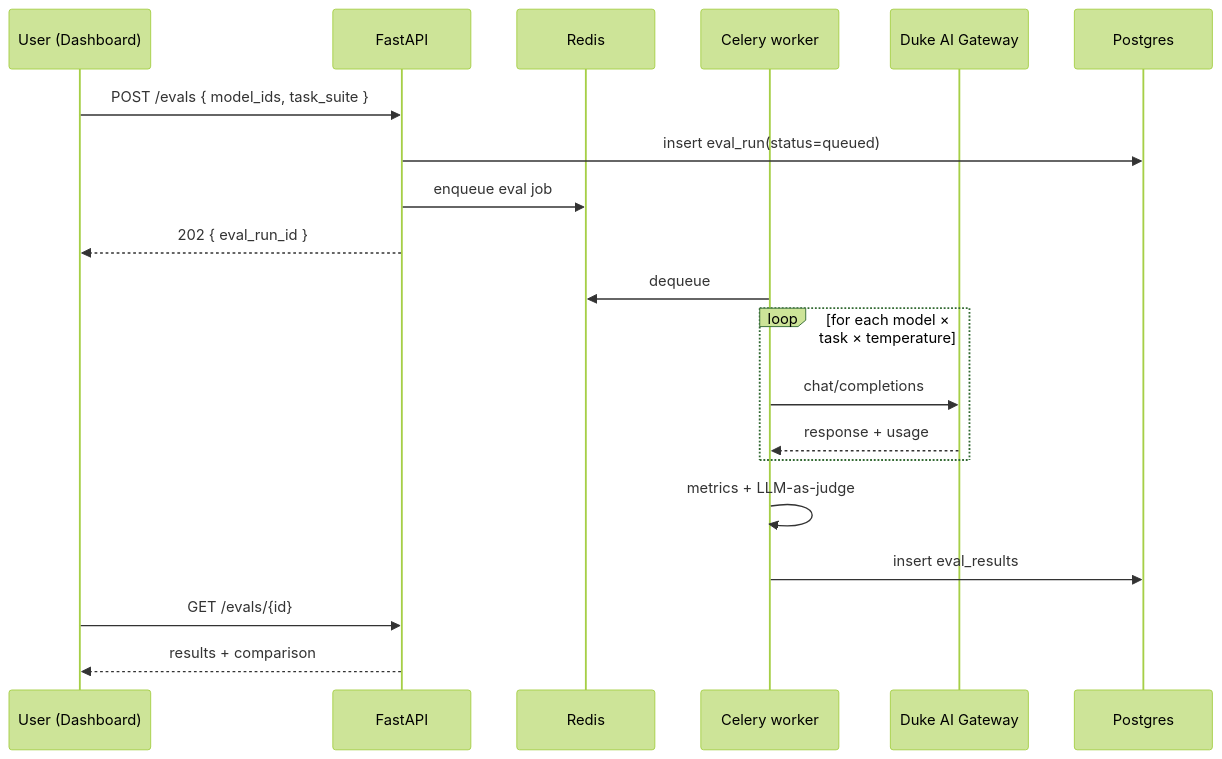
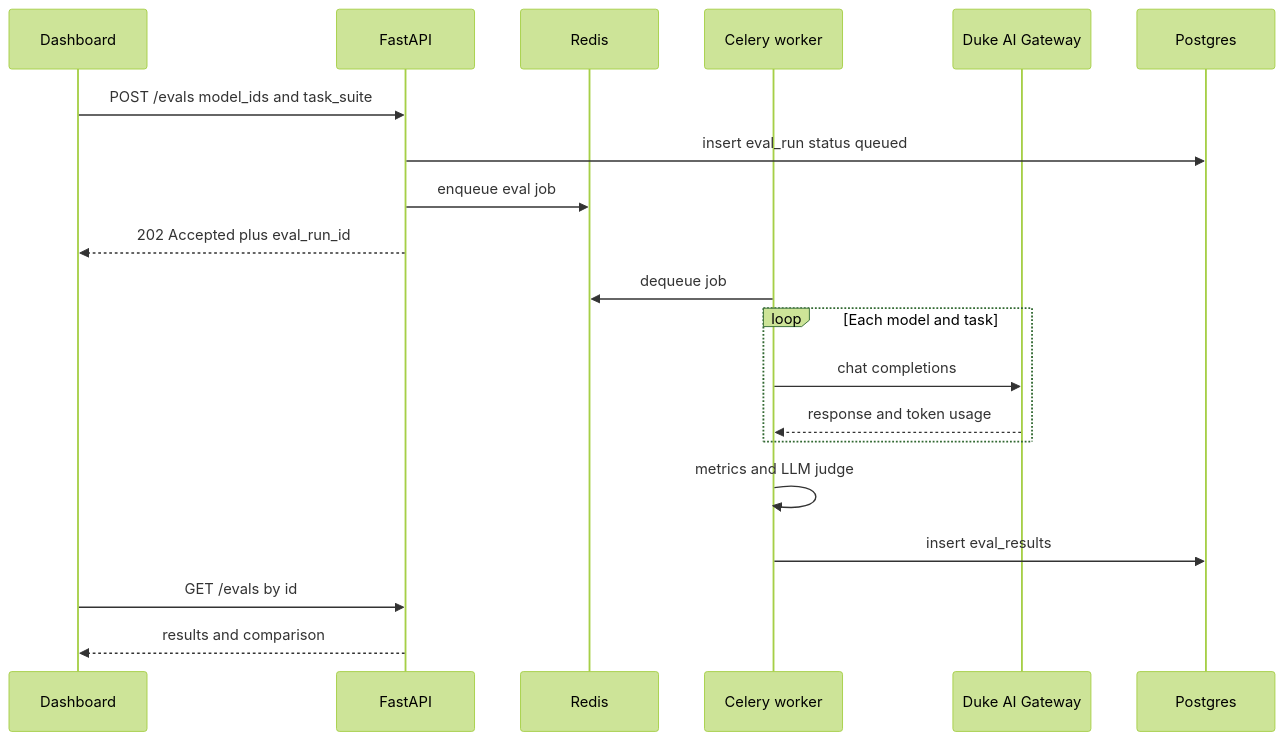
One commit to evelindsayyy/security-and-qa-for-ai-models changed the third of 3 diagrams in docs/architecture.md. Above: the diagram before and after it, drawn with Mermaid (forest theme). The commit also changed other lines of this file and 2 other files, not shown here.

Commit message:
Updated architecture.md and data-model.md to be visible on GitLab.

````diff
--- a/docs/architecture.md
+++ b/docs/architecture.md
@@ -157,23 +158,23 @@
 ```mermaid
 sequenceDiagram
-  participant U as User (Dashboard)
+  participant U as Dashboard
   participant A as FastAPI
   participant R as Redis
   participant W as Celery worker
   participant GW as Duke AI Gateway
   participant DB as Postgres
 
-  U->>A: POST /evals { model_ids, task_suite }
-  A->>DB: insert eval_run(status=queued)
+  U->>A: POST /evals model_ids and task_suite
+  A->>DB: insert eval_run status queued
   A->>R: enqueue eval job
-  A-->>U: 202 { eval_run_id }
-  W->>R: dequeue
-  loop for each model × task × temperature
-    W->>GW: chat/completions
-    GW-->>W: response + usage
+  A-->>U: 202 Accepted plus eval_run_id
+  W->>R: dequeue job
+  loop Each model and task
+    W->>GW: chat completions
+    GW-->>W: response and token usage
   end
-  W->>W: metrics + LLM-as-judge
+  W->>W: metrics and LLM judge
   W->>DB: insert eval_results
-  U->>A: GET /evals/{id}
-  A-->>U: results + comparison
+  U->>A: GET /evals by id
+  A-->>U: results and comparison
 ```
````
